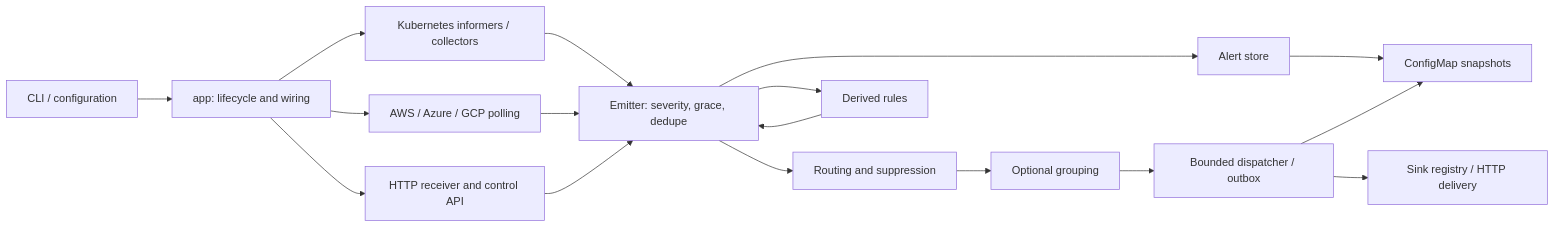
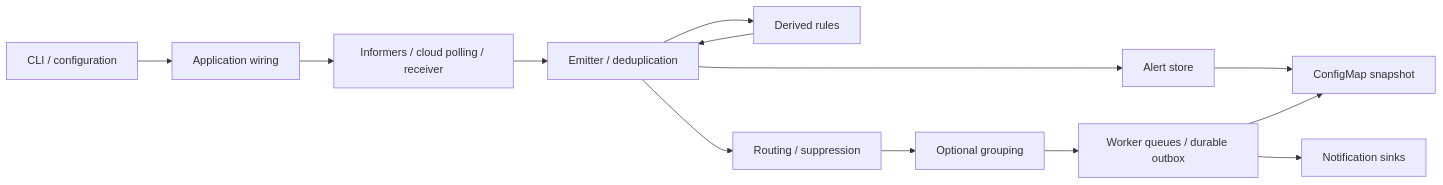
One commit to aryasoni98/alertkube changed the diagram in docs/REFACTORING.md. Above: the diagram before and after it, drawn with Mermaid. The commit also changed other lines of this file and 45 other files, not shown here.

First line of the commit message:
chore(release): prepare v2.0.0 and document the architecture audit

````diff
--- a/docs/REFACTORING.md
+++ b/docs/REFACTORING.md
@@ -23,19 +36,15 @@
 ```mermaid
 flowchart LR
-  CLI[CLI / configuration] --> APP[app: lifecycle and wiring]
-  APP --> WATCH[Kubernetes informers / collectors]
-  APP --> CLOUD[AWS / Azure / GCP polling]
-  APP --> HTTP[HTTP receiver and control API]
-  WATCH --> EMIT[Emitter: severity, grace, dedupe]
-  CLOUD --> EMIT
-  HTTP --> EMIT
-  EMIT --> STORE[Alert store]
-  EMIT --> ROUTER[Routing and suppression]
+  CLI[CLI / configuration] --> APP[Application wiring]
+  APP --> PRODUCERS[Informers / cloud polling / receiver]
+  PRODUCERS --> EMIT[Emitter / deduplication]
+  EMIT --> STATE[Alert store]
   EMIT --> RULES[Derived rules]
   RULES --> EMIT
+  EMIT --> ROUTER[Routing / suppression]
   ROUTER --> GROUP[Optional grouping]
-  GROUP --> DISPATCH[Bounded dispatcher / outbox]
-  DISPATCH --> SINKS[Sink registry / HTTP delivery]
-  STORE --> PERSIST[ConfigMap snapshots]
-  DISPATCH --> PERSIST
+  GROUP --> DISPATCH[Worker queues / durable outbox]
+  DISPATCH --> SINKS[Notification sinks]
+  STATE --> SNAPSHOT[ConfigMap snapshot]
+  DISPATCH --> SNAPSHOT
 ```
````
